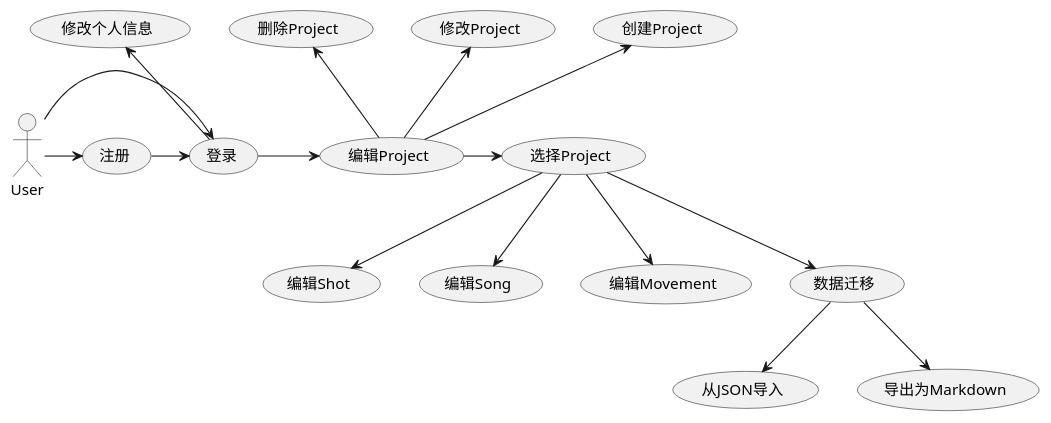
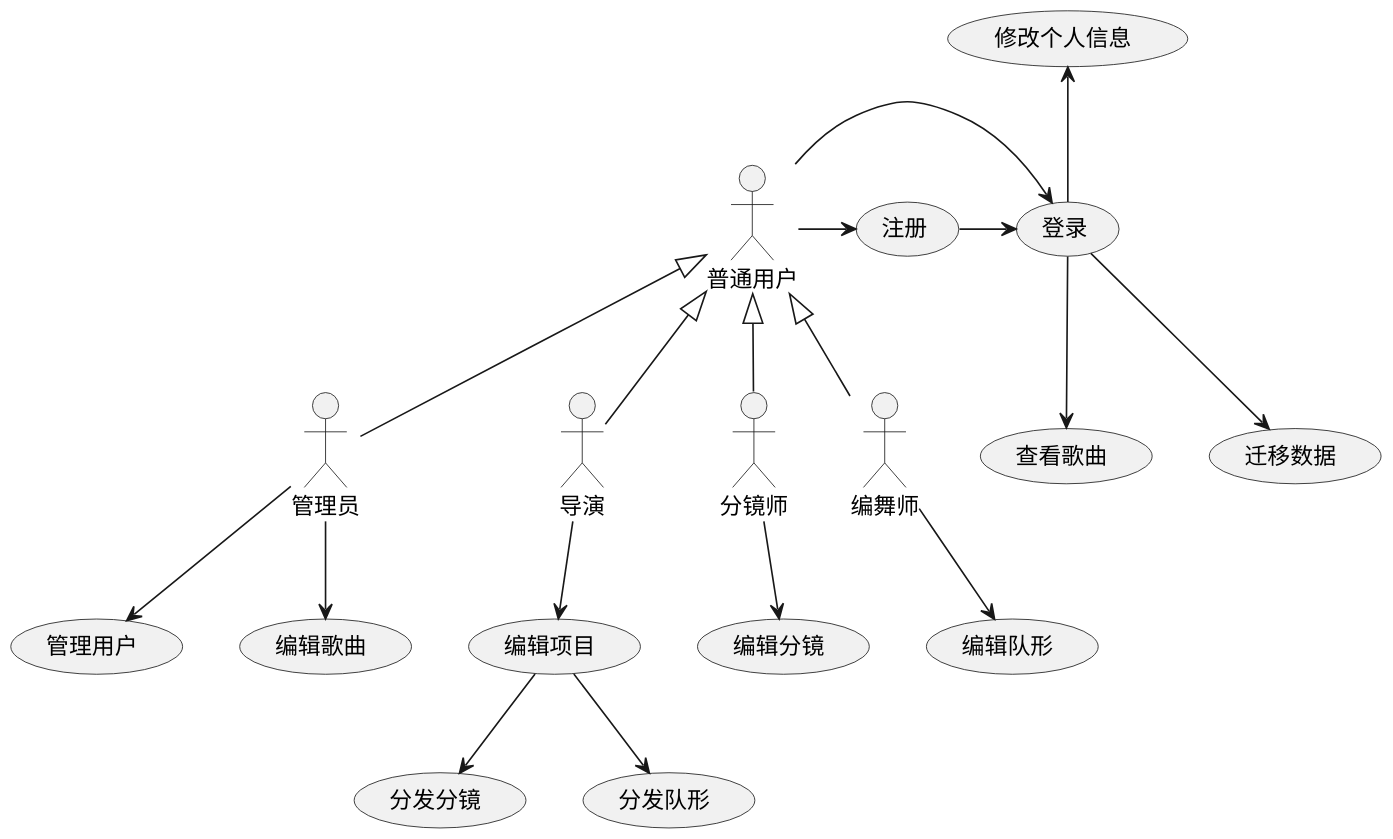
Before and after one commit to amamiseiya/shonichi_Flutter: the diagram in flutter_module/documents/use_case_diagram/total.wsd, drawn with PlantUML. The commit also changed 43 other files, not shown here.

```diff
--- a/flutter_module/documents/use_case_diagram/total.wsd
+++ b/flutter_module/documents/use_case_diagram/total.wsd
@@ -1,20 +1,25 @@
 @startuml 用户与移动设备交互用例图
+scale 1.5
+'scale 1.5 | scale 200 width | scale 100 height | scale [max] 200x100
 
-User -> (登录)
-User -> (注册)
+普通用户 <|-- 管理员
+普通用户 <|-- 导演
+普通用户 <|-- 分镜师
+普通用户 <|-- 编舞师
+
+普通用户 -> (登录)
+普通用户 -> (注册)
 (注册) -> (登录)
-(登录) -> (编辑Project)
 (登录) -up-> (修改个人信息)
-(编辑Project) -> (选择Project)
-(编辑Project) -up-> (创建Project)
-(编辑Project) -up-> (修改Project)
-(编辑Project) -up-> (删除Project)
-(选择Project) --> (编辑Shot)
-(选择Project) --> (编辑Song)
-(选择Project) --> (编辑Movement)
-(选择Project) --> (数据迁移)
-(数据迁移) --> (从JSON导入)
-(数据迁移) --> (导出为Markdown)
+(登录) --> (查看歌曲)
+(登录) --> (迁移数据)
+导演 --> (编辑项目)
+(编辑项目) --> (分发分镜)
+(编辑项目) --> (分发队形)
+分镜师 --> (编辑分镜)
+编舞师 --> (编辑队形)
 
+管理员 --> (编辑歌曲)
+管理员 --> (管理用户)
 
 @enduml
```
